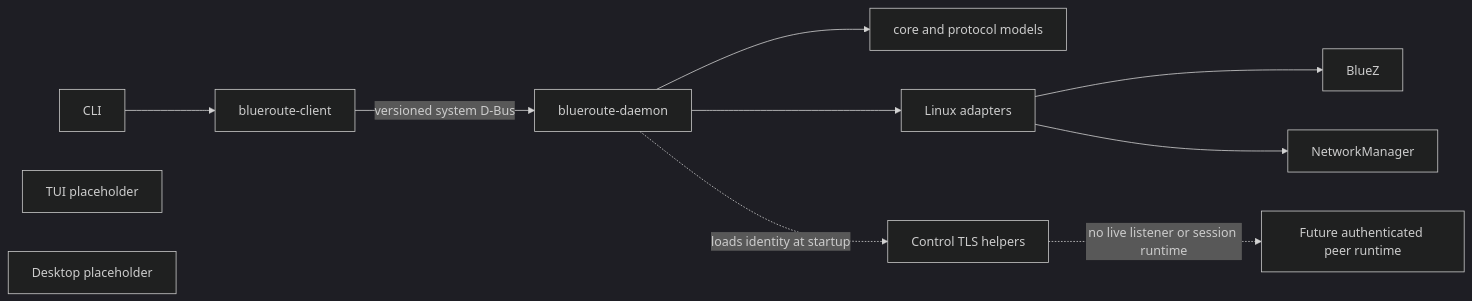
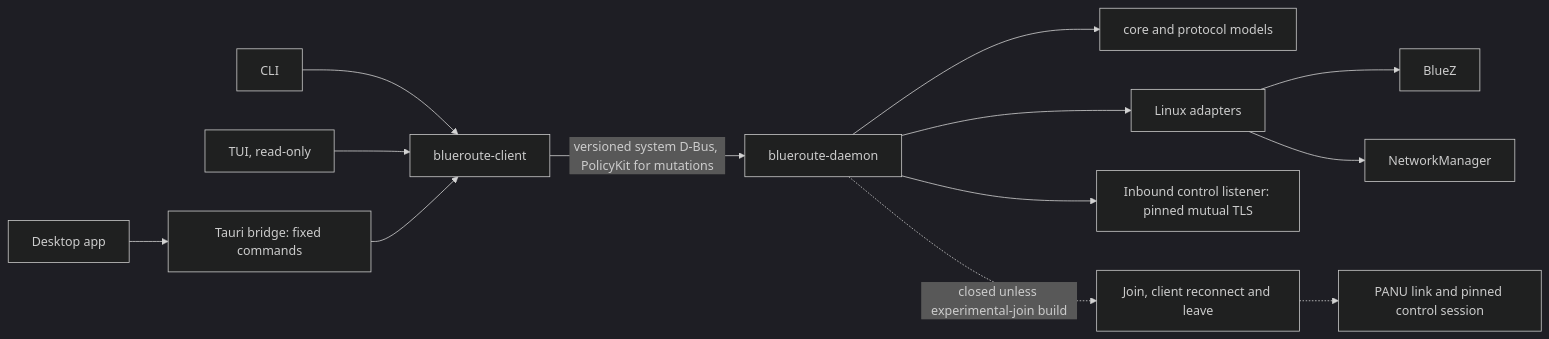
One commit to ekkus93/blueroute changed the diagram in docs/SPEC.md. Above: the diagram before and after it, drawn with Mermaid (dark theme). The commit also changed other lines of this file and 4 other files, not shown here.

````diff
--- a/docs/SPEC.md
+++ b/docs/SPEC.md
@@ -257,13 +265,14 @@
 ```mermaid
 flowchart LR
     cli[CLI] --> client[blueroute-client]
-    client -->|versioned system D-Bus| daemon[blueroute-daemon]
+    tui[TUI, read-only] --> client
+    desktop[Desktop app] --> bridge[Tauri bridge: fixed commands] --> client
+    client -->|versioned system D-Bus, PolicyKit for mutations| daemon[blueroute-daemon]
     daemon --> core[core and protocol models]
     daemon --> linux[Linux adapters]
     linux --> bluez[BlueZ]
     linux --> nm[NetworkManager]
-    daemon -.->|loads identity at startup| tls[Control TLS helpers]
-    tls -.->|no live listener or session runtime| pan[Future authenticated peer runtime]
-    tui[TUI placeholder]
-    desktop[Desktop placeholder]
+    daemon --> listener[Inbound control listener: pinned mutual TLS]
+    daemon -.->|closed unless experimental-join build| join[Join, client reconnect and leave]
+    join -.-> panu[PANU link and pinned control session]
 ```
````
